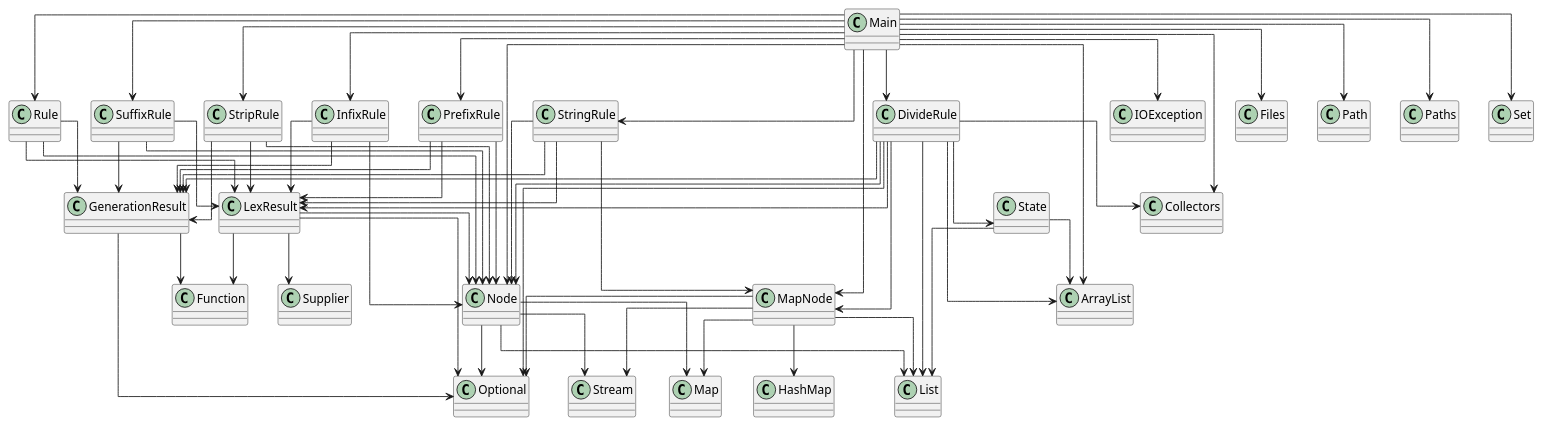
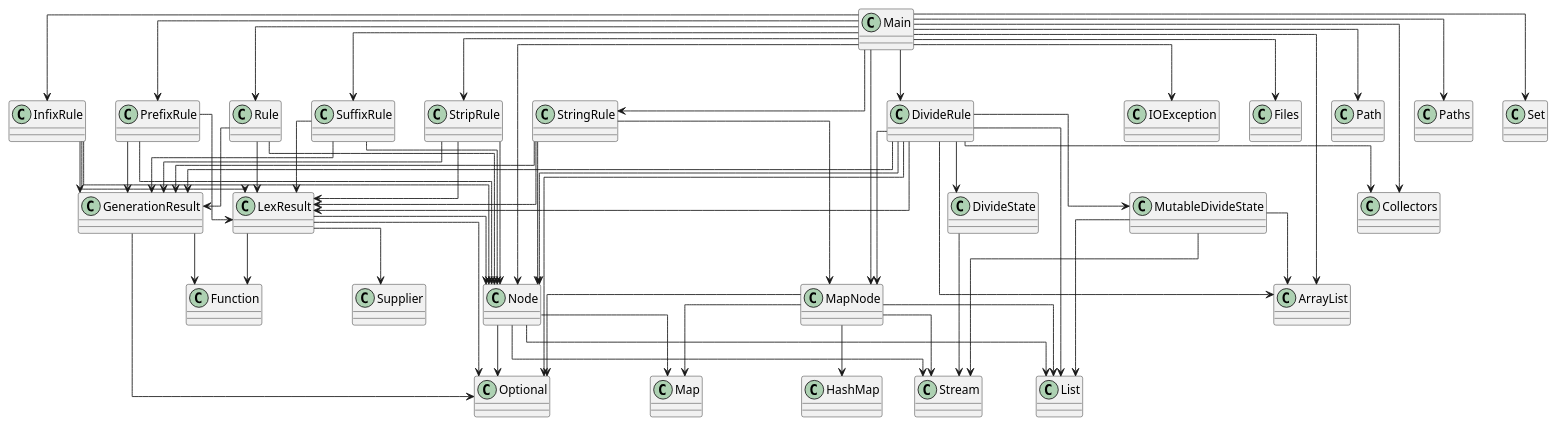
Before and after one commit to SirMathhman/Magma: the diagram in diagram.puml, drawn with PlantUML. The commit also changed 3 other files, not shown here.

```diff
--- a/diagram.puml
+++ b/diagram.puml
@@ -1,77 +1,81 @@
 @startuml
 skinparam linetype ortho
 class Node
 Node --> List
 Node --> Map
 Node --> Optional
 Node --> Stream
 class Rule
 Rule --> Node
 Rule --> GenerationResult
 Rule --> LexResult
 class LexResult
 LexResult --> Node
 LexResult --> Optional
 LexResult --> Function
 LexResult --> Supplier
+class MutableDivideState
+MutableDivideState --> ArrayList
+MutableDivideState --> List
+MutableDivideState --> Stream
 class InfixRule
 InfixRule --> Node
 InfixRule --> GenerationResult
 InfixRule --> LexResult
 class DivideRule
-DivideRule --> State
 DivideRule --> MapNode
 DivideRule --> Node
+DivideRule --> DivideState
+DivideRule --> MutableDivideState
 DivideRule --> GenerationResult
 DivideRule --> LexResult
 DivideRule --> ArrayList
 DivideRule --> List
 DivideRule --> Optional
 DivideRule --> Collectors
 class PrefixRule
 PrefixRule --> Node
 PrefixRule --> GenerationResult
 PrefixRule --> LexResult
 class StringRule
 StringRule --> MapNode
 StringRule --> Node
 StringRule --> GenerationResult
 StringRule --> LexResult
 class SuffixRule
 SuffixRule --> Node
 SuffixRule --> GenerationResult
 SuffixRule --> LexResult
 class GenerationResult
 GenerationResult --> Optional
 GenerationResult --> Function
 class StripRule
 StripRule --> Node
 StripRule --> GenerationResult
 StripRule --> LexResult
 class Main
 Main --> MapNode
 Main --> Node
 Main --> DivideRule
 Main --> InfixRule
 Main --> PrefixRule
 Main --> Rule
 Main --> StringRule
 Main --> StripRule
 Main --> SuffixRule
 Main --> IOException
 Main --> Files
 Main --> Path
 Main --> Paths
 Main --> ArrayList
 Main --> Set
 Main --> Collectors
 class MapNode
 MapNode --> HashMap
 MapNode --> List
 MapNode --> Map
 MapNode --> Optional
 MapNode --> Stream
-class State
-State --> ArrayList
-State --> List
+class DivideState
+DivideState --> Stream
 @enduml
```
